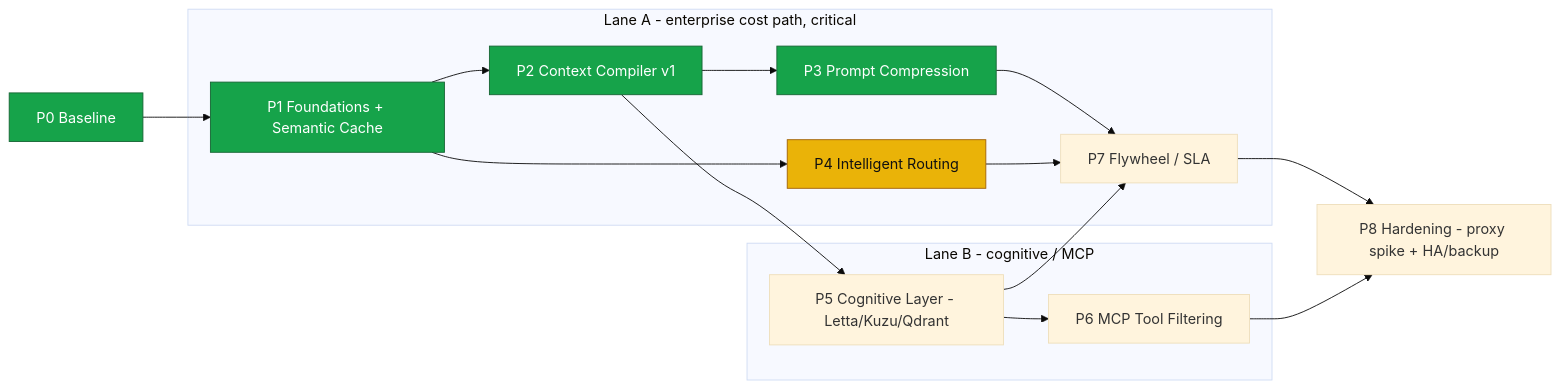
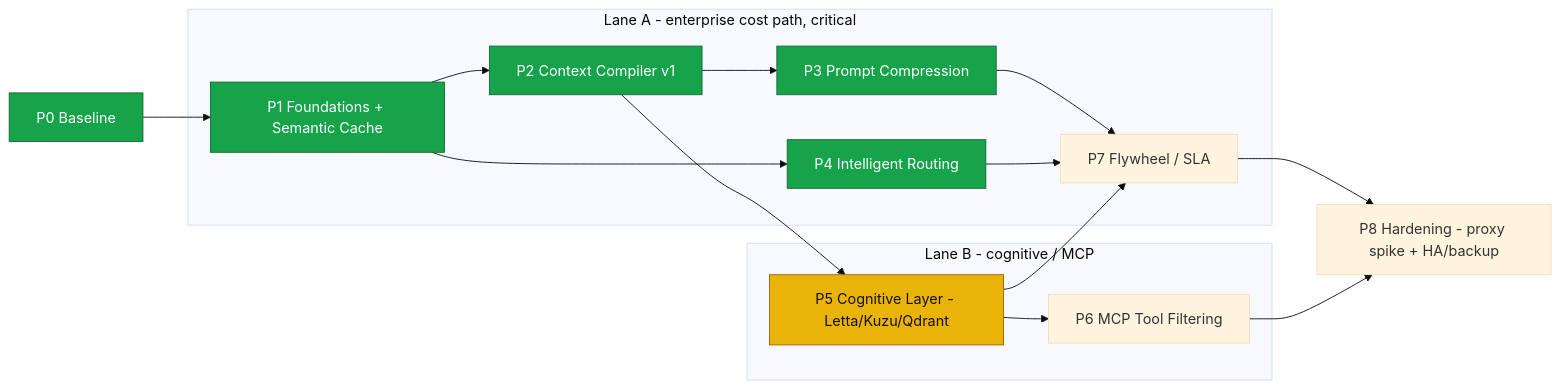
Before and after one commit to avs6/runledger-community: the second of 2 diagrams in docs/optimization/SPEC-AND-ROADMAP.md, drawn with Mermaid (base theme). The commit also changed other lines of this file and 23 other files, not shown here.

````diff
--- a/docs/optimization/SPEC-AND-ROADMAP.md
+++ b/docs/optimization/SPEC-AND-ROADMAP.md
@@ -404,26 +404,26 @@
 ```mermaid
 graph LR
   P0[P0 Baseline] --> P1[P1 Foundations + Semantic Cache]
   P1 --> P2[P2 Context Compiler v1]
 
   subgraph laneA [Lane A - enterprise cost path, critical]
     P2 --> P3[P3 Prompt Compression]
     P1 --> P4[P4 Intelligent Routing]
     P3 --> P7[P7 Flywheel / SLA]
     P4 --> P7
   end
 
   subgraph laneB [Lane B - cognitive / MCP]
     P2 --> P5[P5 Cognitive Layer - Letta/Kuzu/Qdrant]
     P5 --> P6[P6 MCP Tool Filtering]
   end
 
   P5 --> P7
   P7 --> P8[P8 Hardening - proxy spike + HA/backup]
   P6 --> P8
 
   classDef done fill:#16a34a,stroke:#166534,color:#fff;
   classDef next fill:#eab308,stroke:#a16207,color:#111;
-  class P0,P1,P2,P3 done;
-  class P4 next;
+  class P0,P1,P2,P3,P4 done;
+  class P5 next;
 ```
````
